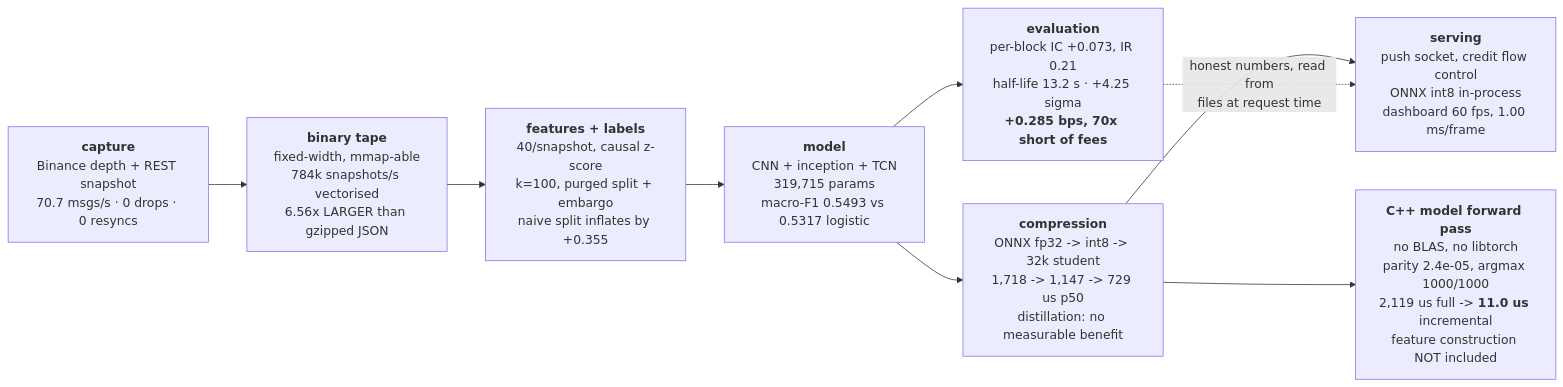
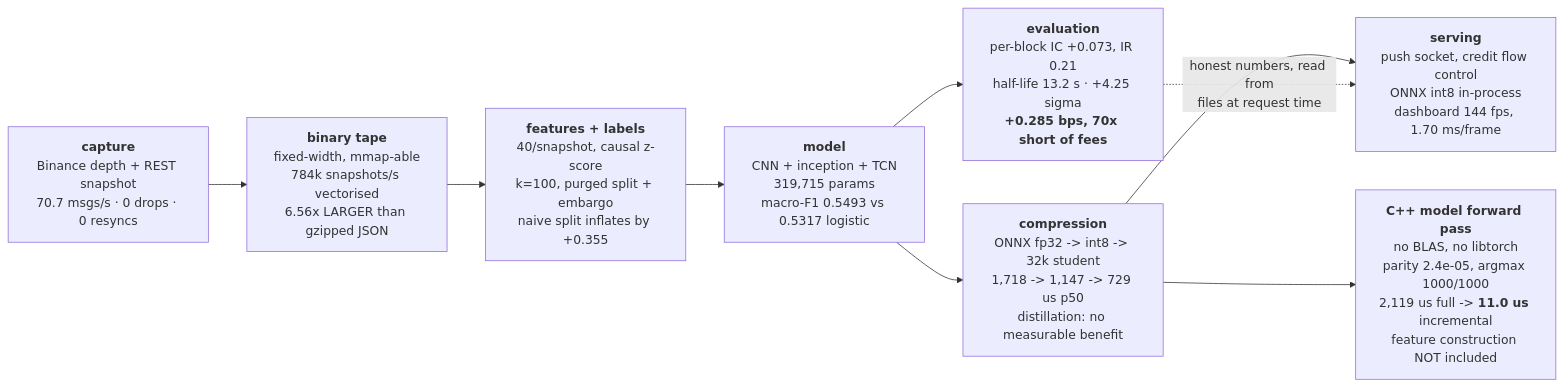
The diagram in README.md (pranshujain8532/Tick-To-Signal-project), drawn with Mermaid before and after one commit. The commit also changed other lines of this file and 15 other files, not shown here.

````diff
--- a/README.md
+++ b/README.md
@@ -147,16 +154,16 @@
 ```mermaid
 flowchart LR
     A["<b>capture</b><br/>Binance depth + REST snapshot<br/>70.7 msgs/s · 0 drops · 0 resyncs"]
     B["<b>binary tape</b><br/>fixed-width, mmap-able<br/>784k snapshots/s vectorised<br/>6.56x LARGER than gzipped JSON"]
     C["<b>features + labels</b><br/>40/snapshot, causal z-score<br/>k=100, purged split + embargo<br/>naive split inflates by +0.355"]
     D["<b>model</b><br/>CNN + inception + TCN<br/>319,715 params<br/>macro-F1 0.5493 vs 0.5317 logistic"]
     E["<b>evaluation</b><br/>per-block IC +0.073, IR 0.21<br/>half-life 13.2 s · +4.25 sigma<br/><b>+0.285 bps, 70x short of fees</b>"]
     F["<b>compression</b><br/>ONNX fp32 -> int8 -> 32k student<br/>1,718 -> 1,147 -> 729 us p50<br/>distillation: no measurable benefit"]
     G["<b>C++ model forward pass</b><br/>no BLAS, no libtorch<br/>parity 2.4e-05, argmax 1000/1000<br/>2,119 us full -> <b>11.0 us</b> incremental<br/>feature construction NOT included"]
-    H["<b>serving</b><br/>push socket, credit flow control<br/>ONNX int8 in-process<br/>dashboard 60 fps, 1.00 ms/frame"]
+    H["<b>serving</b><br/>push socket, credit flow control<br/>ONNX int8 in-process<br/>dashboard 144 fps, 1.70 ms/frame"]
 
     A --> B --> C --> D --> E
     D --> F --> G
     F --> H
     E -.->|"honest numbers, read from<br/>files at request time"| H
 ```
````
